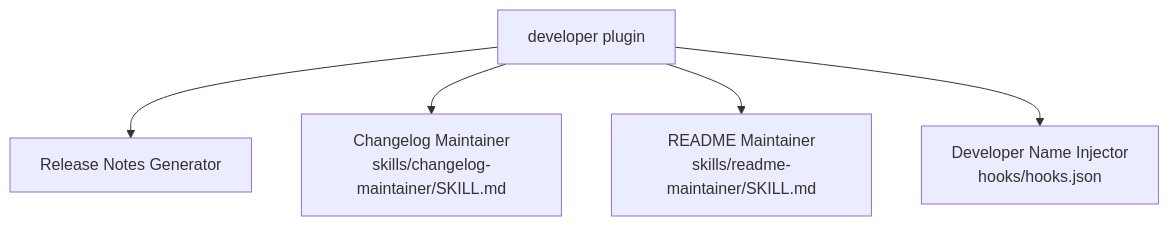
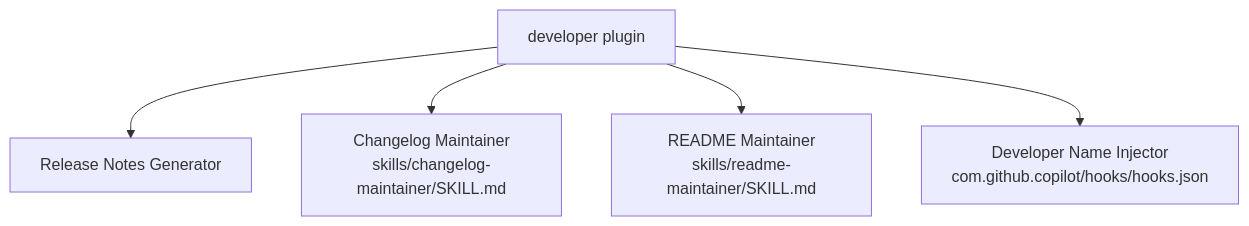
Before and after one commit to dimpletz/prompts-collection: the diagram in plugins/developer/README.md, drawn with Mermaid. The commit also changed 147 other files, not shown here.

````diff
--- a/plugins/developer/README.md
+++ b/plugins/developer/README.md
@@ -15,8 +15,8 @@
 ```mermaid
 graph TD
     A[developer plugin]
     A --> B[Release Notes Generator]
     A --> C[Changelog Maintainer<br/>skills/changelog-maintainer/SKILL.md]
     A --> D[README Maintainer<br/>skills/readme-maintainer/SKILL.md]
-    A --> E[Developer Name Injector<br/>hooks/hooks.json]
+    A --> E[Developer Name Injector<br/>com.github.copilot/hooks/hooks.json]
 ```
````
